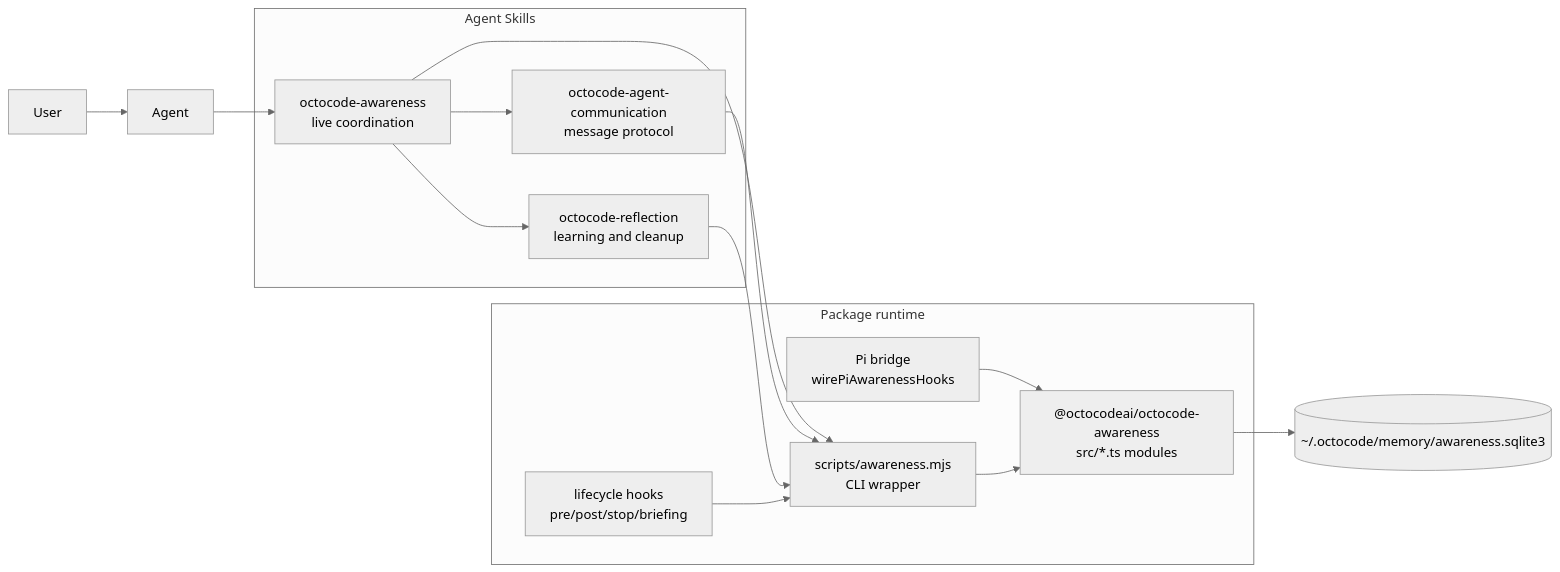
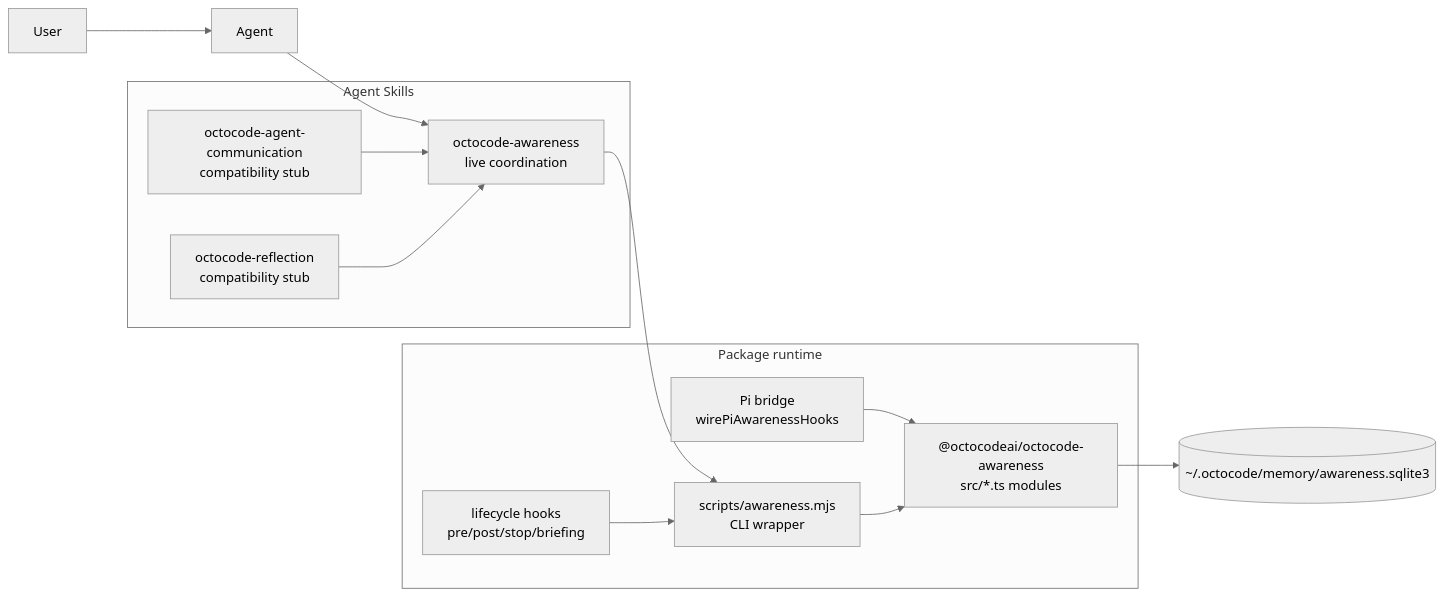
One commit to bgauryy/octocode changed the first of 7 diagrams in packages/octocode-awareness/docs/SKILLS.md. Above: the diagram before and after it, drawn with Mermaid (neutral theme). The commit also changed other lines of this file and 194 other files, not shown here.

````diff
--- a/packages/octocode-awareness/docs/SKILLS.md
+++ b/packages/octocode-awareness/docs/SKILLS.md
@@ -19,32 +19,30 @@
 ```mermaid
 flowchart LR
   User["User"]
   Agent["Agent"]
 
   subgraph Skills["Agent Skills"]
     Awareness["octocode-awareness<br/>live coordination"]
-    Communication["octocode-agent-communication<br/>message protocol"]
-    Reflection["octocode-reflection<br/>learning and cleanup"]
+    Communication["octocode-agent-communication<br/>compatibility stub"]
+    Reflection["octocode-reflection<br/>compatibility stub"]
   end
 
   subgraph Runtime["Package runtime"]
     CLI["scripts/awareness.mjs<br/>CLI wrapper"]
     Hooks["lifecycle hooks<br/>pre/post/stop/briefing"]
     Pi["Pi bridge<br/>wirePiAwarenessHooks"]
     Core["@octocodeai/octocode-awareness<br/>src/*.ts modules"]
   end
 
   DB[("~/.octocode/memory/awareness.sqlite3")]
 
   User --> Agent
   Agent --> Awareness
-  Awareness --> Communication
-  Awareness --> Reflection
   Awareness --> CLI
-  Communication --> CLI
-  Reflection --> CLI
+  Communication --> Awareness
+  Reflection --> Awareness
   Hooks --> CLI
   Pi --> Core
   CLI --> Core
   Core --> DB
 ```
````
